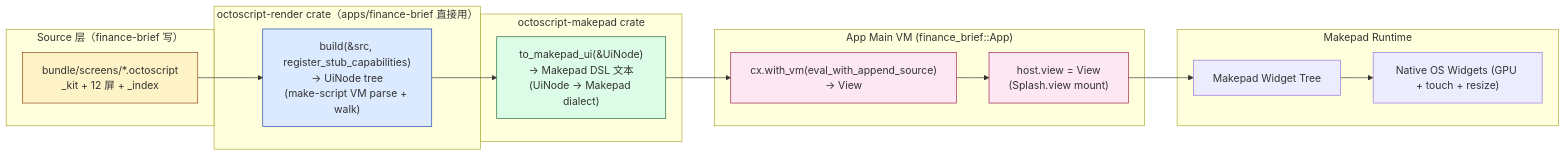
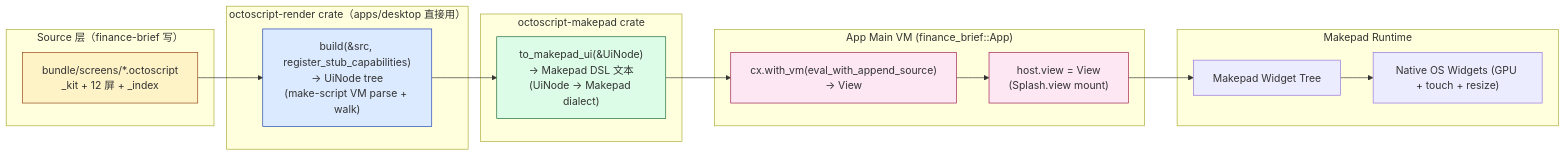
The first of 2 diagrams in docs/ARCH-PLATFORM-REALITY.md (ld1287/finance-brief), drawn with Mermaid before and after one commit. The commit also changed other lines of this file and 2 other files, not shown here.

Commit message:
docs: update ARCHITECTURE / ARCH-PLATFORM-REALITY / PATH3-REALITY paths to apps/desktop

````diff
--- a/docs/ARCH-PLATFORM-REALITY.md
+++ b/docs/ARCH-PLATFORM-REALITY.md
@@ -18,37 +18,37 @@
 ```mermaid
 flowchart LR
     subgraph S1["Source 层（finance-brief 写）"]
         A["bundle/screens/*.octoscript<br/>_kit + 12 屏 + _index"]
     end
 
-    subgraph S2["octoscript-render crate（apps/finance-brief 直接用）"]
+    subgraph S2["octoscript-render crate（apps/desktop 直接用）"]
         B["build(&src, register_stub_capabilities)<br/>→ UiNode tree<br/>(make-script VM parse + walk)"]
     end
 
     subgraph S3["octoscript-makepad crate"]
         C["to_makepad_ui(&UiNode)<br/>→ Makepad DSL 文本<br/>(UiNode → Makepad dialect)"]
     end
 
     subgraph S4["App Main VM (finance_brief::App)"]
         D["cx.with_vm(eval_with_append_source)<br/>→ View"]
         E["host.view = View<br/>(Splash.view mount)"]
     end
 
     subgraph S5["Makepad Runtime"]
         F["Makepad Widget Tree"]
         G["Native OS Widgets (GPU + touch + resize)"]
     end
 
     A --> B
     B --> C
     C --> D
     D --> E
     E --> F
     F --> G
 
     style A fill:#fef3c7,stroke:#92400e
     style B fill:#dbeafe,stroke:#1e40af
     style C fill:#dcfce7,stroke:#166534
     style D fill:#fce7f3,stroke:#9d174d
     style E fill:#fce7f3,stroke:#9d174d
 ```
````
